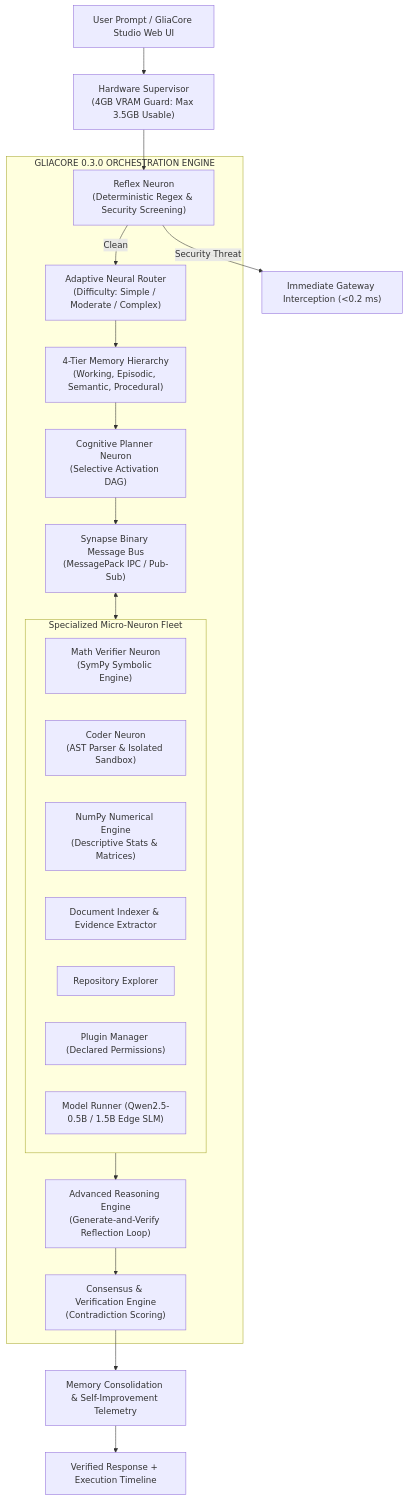
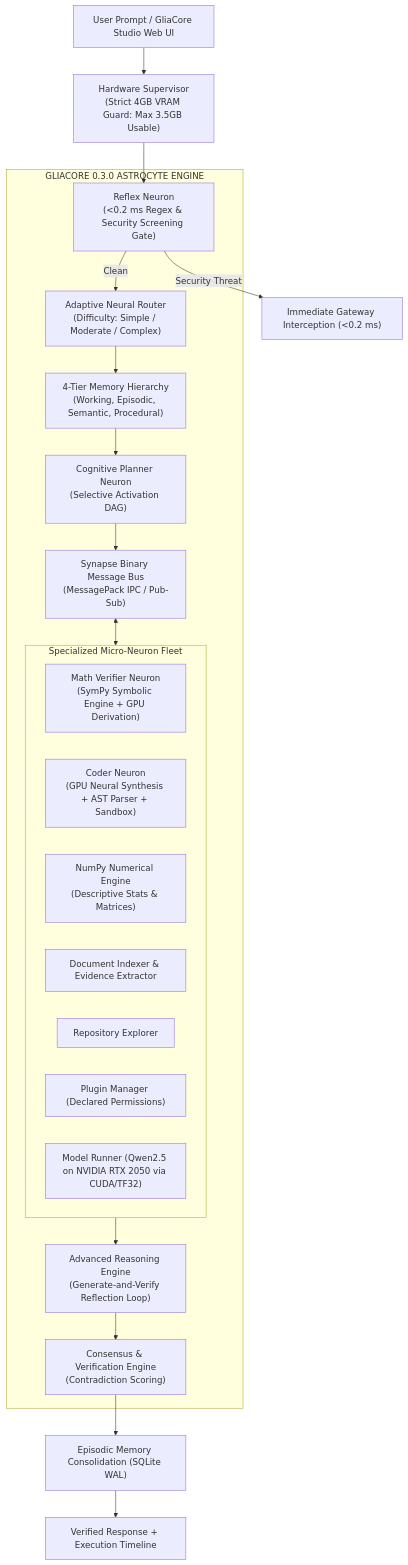
One commit to shenald-dev/gliacore changed the diagram in README.md. Above: the diagram before and after it, drawn with Mermaid. The commit also changed other lines of this file and 1 other file, not shown here.

Commit message:
docs: publish flagship GliaCore 0.3.0 README and Dev.to technical case study

````diff
--- a/README.md
+++ b/README.md
@@ -24,31 +41,31 @@
 ```mermaid
 graph TD
-    User["User Prompt / GliaCore Studio Web UI"] --> Super["Hardware Supervisor\n(4GB VRAM Guard: Max 3.5GB Usable)"]
-    Super --> Reflex["Reflex Neuron\n(Deterministic Regex & Security Screening)"]
+    User["User Prompt / GliaCore Studio Web UI"] --> Super["Hardware Supervisor\n(Strict 4GB VRAM Guard: Max 3.5GB Usable)"]
+    Super --> Reflex["Reflex Neuron\n(<0.2 ms Regex & Security Screening Gate)"]
     
-    subgraph GliaOrchestration ["GLIACORE 0.3.0 ORCHESTRATION ENGINE"]
+    subgraph GliaOrchestration ["GLIACORE 0.3.0 ASTROCYTE ENGINE"]
         Reflex -->|Clean| Router["Adaptive Neural Router\n(Difficulty: Simple / Moderate / Complex)"]
         Router --> MemHier["4-Tier Memory Hierarchy\n(Working, Episodic, Semantic, Procedural)"]
         
         MemHier --> Planner["Cognitive Planner Neuron\n(Selective Activation DAG)"]
         Planner --> SynapseBus["Synapse Binary Message Bus\n(MessagePack IPC / Pub-Sub)"]
         
         subgraph NeuronFleet ["Specialized Micro-Neuron Fleet"]
-            MathN["Math Verifier Neuron\n(SymPy Symbolic Engine)"]
-            CoderN["Coder Neuron\n(AST Parser & Isolated Sandbox)"]
+            MathN["Math Verifier Neuron\n(SymPy Symbolic Engine + GPU Derivation)"]
+            CoderN["Coder Neuron\n(GPU Neural Synthesis + AST Parser + Sandbox)"]
             NumPyN["NumPy Numerical Engine\n(Descriptive Stats & Matrices)"]
             DocIdx["Document Indexer & Evidence Extractor"]
             RepoEx["Repository Explorer"]
             Plugins["Plugin Manager (Declared Permissions)"]
-            ModelRunner["Model Runner (Qwen2.5-0.5B / 1.5B Edge SLM)"]
+            ModelRunner["Model Runner (Qwen2.5 on NVIDIA RTX 2050 via CUDA/TF32)"]
         end
         
         SynapseBus <--> NeuronFleet
         NeuronFleet --> ReasonEngine["Advanced Reasoning Engine\n(Generate-and-Verify Reflection Loop)"]
         ReasonEngine --> Verifier["Consensus & Verification Engine\n(Contradiction Scoring)"]
     end
     
     Reflex -->|Security Threat| Blocked["Immediate Gateway Interception (<0.2 ms)"]
-    Verifier --> Consolidate["Memory Consolidation & Self-Improvement Telemetry"]
+    Verifier --> Consolidate["Episodic Memory Consolidation (SQLite WAL)"]
     Consolidate --> FinalResponse["Verified Response + Execution Timeline"]
 ```
````
